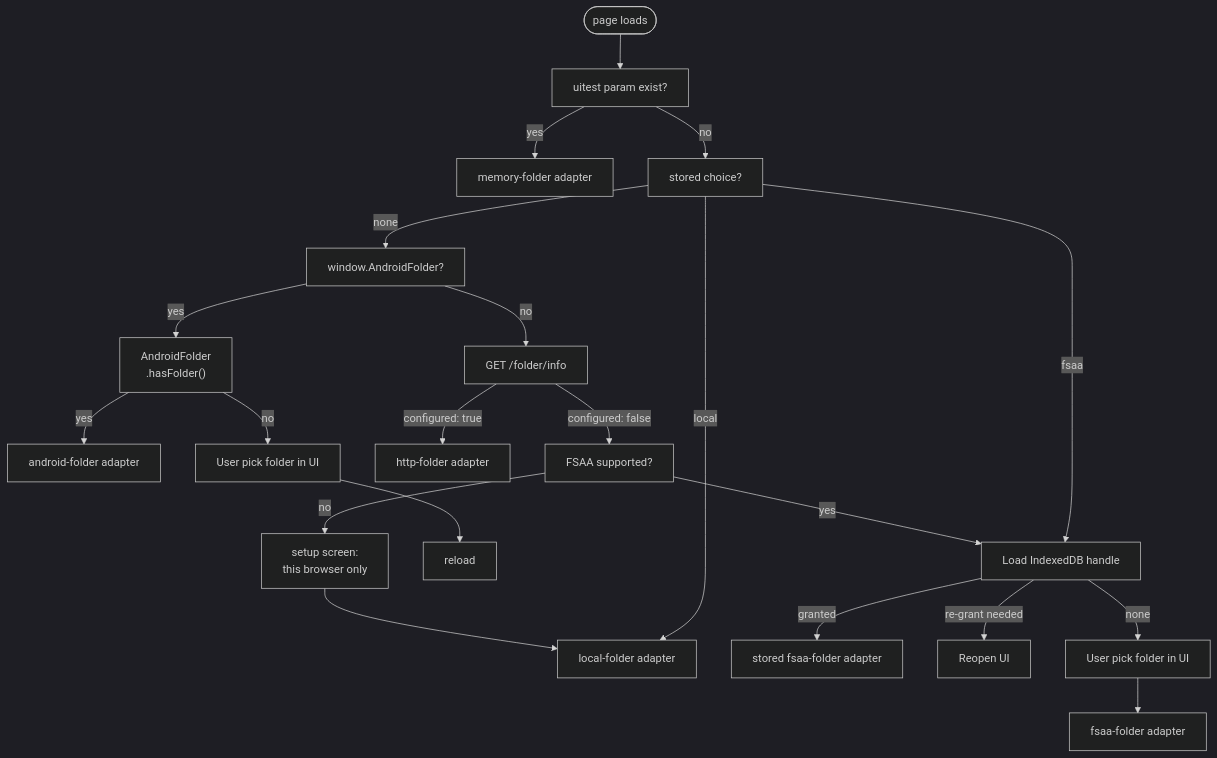
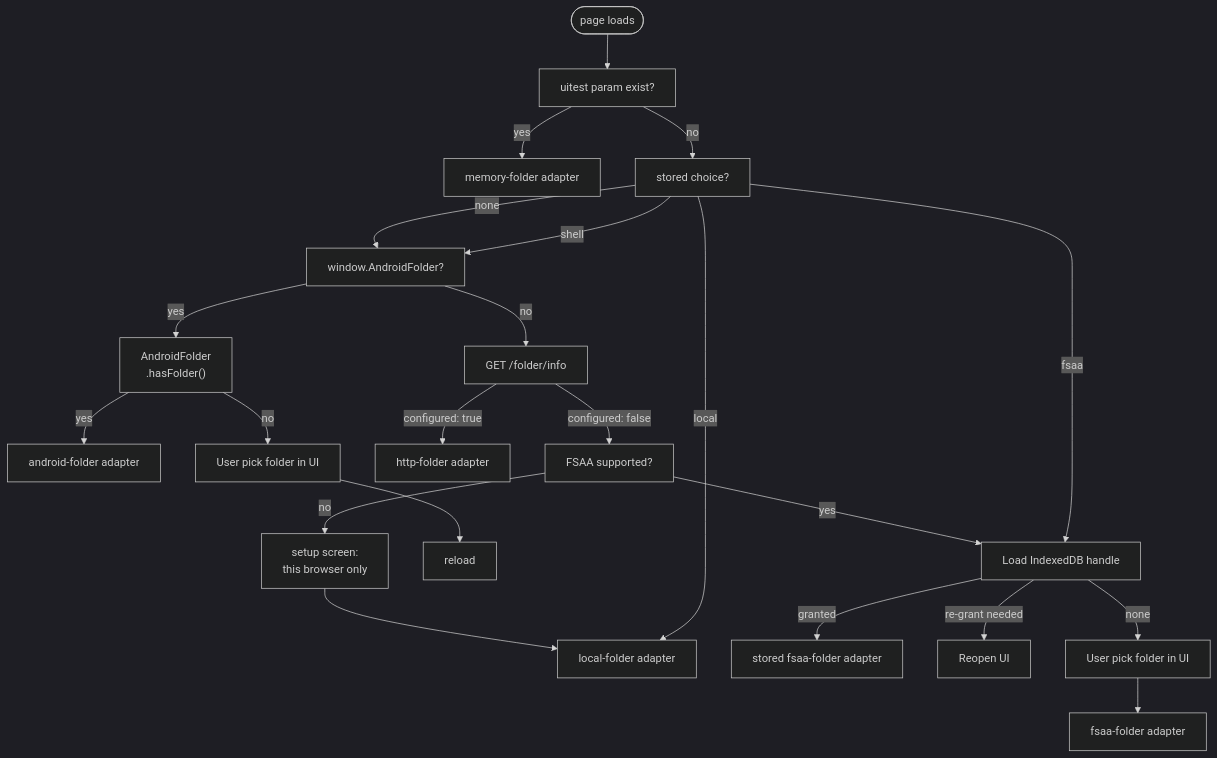
Before and after one commit to tuannamtruong/checklist_app: the diagram in docs/architecture.md, drawn with Mermaid (dark theme). The commit also changed other lines of this file and 8 other files, not shown here.

````diff
--- a/docs/architecture.md
+++ b/docs/architecture.md
@@ -104,29 +104,30 @@
 ```mermaid
 flowchart TD
     S([page loads]) --> S1[uitest param exist?]
     S1 -->|yes| S2A[memory-folder adapter]
     S1 -->|no| S2M[stored choice?]
 
     S2M -->|local| S3L[local-folder adapter]
     S2M -->|fsaa| S5B
+    S2M -->|shell| S2B
     S2M -->|none| S2B[window.AndroidFolder?]
 
     S2B -->|yes| S3A["AndroidFolder<br/>.hasFolder()"]
     S2B -->|no| S3B["GET /folder/info"]
 
     S3A -->|yes| S4A["android-folder adapter"]
     S3A -->|no| S4B["User pick folder in UI"]
     S3B -->|configured: true| S4C["http-folder adapter"]
     S3B -->|configured: false| S4D["FSAA supported?"]
 
     S4B -->S5A["reload"]
     S4D -->|yes| S5B["Load IndexedDB handle"]
     S4D -->|no| S5C["setup screen:<br/>this browser only"]
 
     S5B -->|granted| S6A["stored fsaa-folder adapter"]
     S5B -->|re-grant needed| S6B["Reopen UI"]
     S5B -->|none| S6C["User pick folder in UI"]
 
     S5C -->S3L
     S6C -->S7A["fsaa-folder adapter"]
 ```
````
